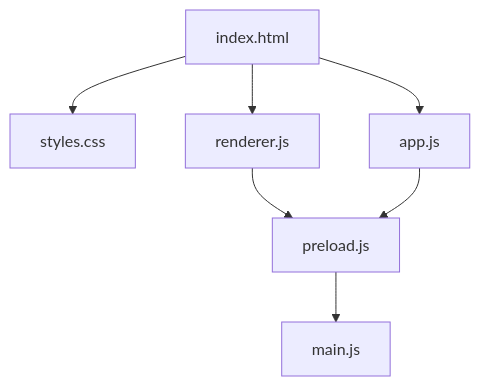
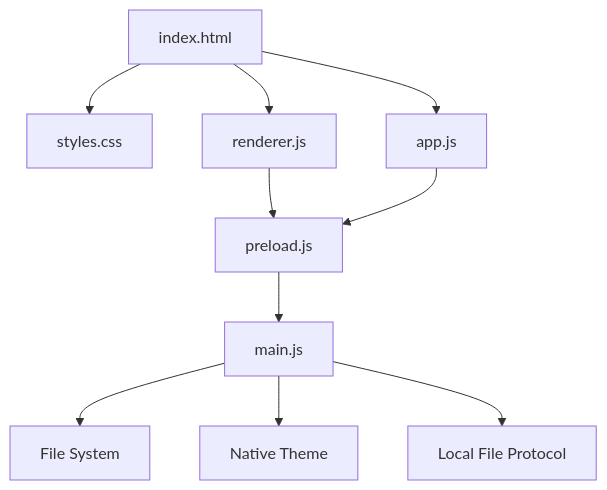
One commit to Annguyen0410/Personal-Messenger-Like-Storage- changed the first of 10 diagrams in .qoder/repowiki/en/content/User Interface Components.md. Above: the diagram before and after it, drawn with Mermaid. The commit also changed other lines of this file and 19 other files, not shown here.

````diff
--- a/.qoder/repowiki/en/content/User Interface Components.md
+++ b/.qoder/repowiki/en/content/User Interface Components.md
@@ -39,9 +49,12 @@
 ```mermaid
 graph TB
 A["index.html"] --> B["styles.css"]
 A --> C["renderer.js"]
 A --> D["app.js"]
 C --> E["preload.js"]
 D --> E
 E --> F["main.js"]
+F --> G["File System"]
+F --> H["Native Theme"]
+F --> I["Local File Protocol"]
 ```
````
